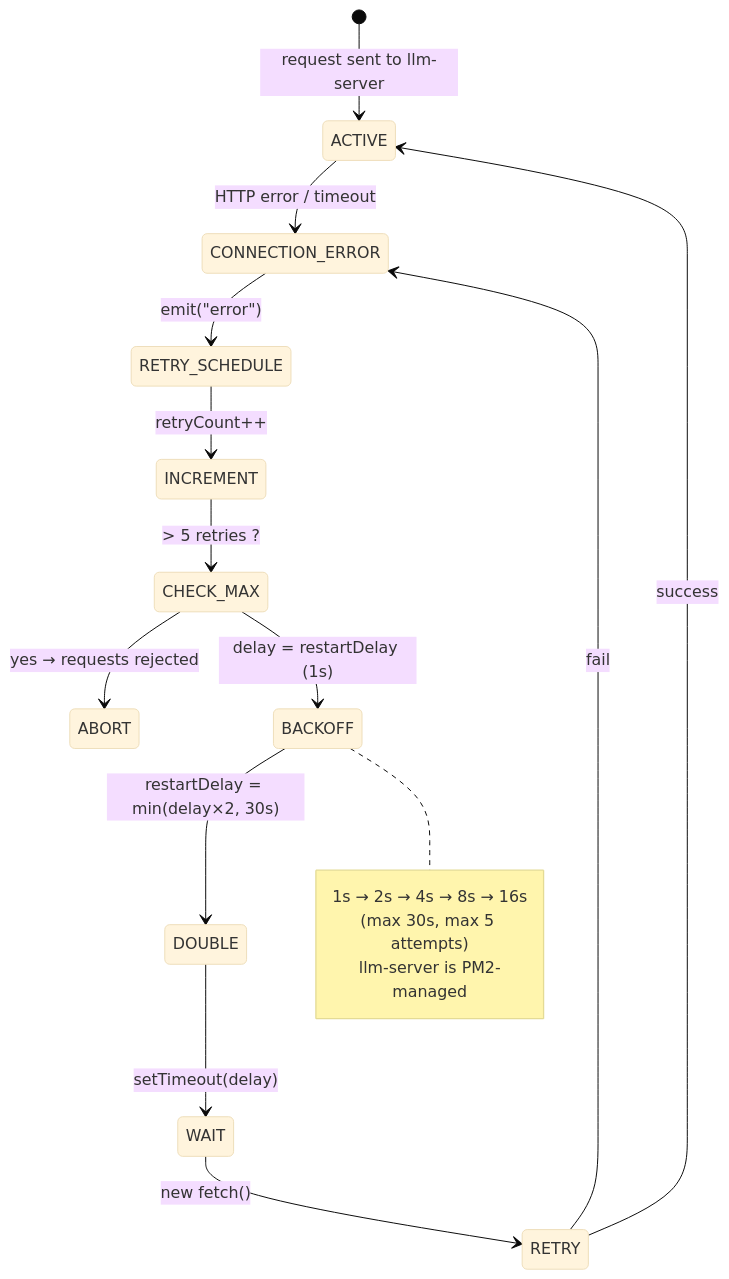
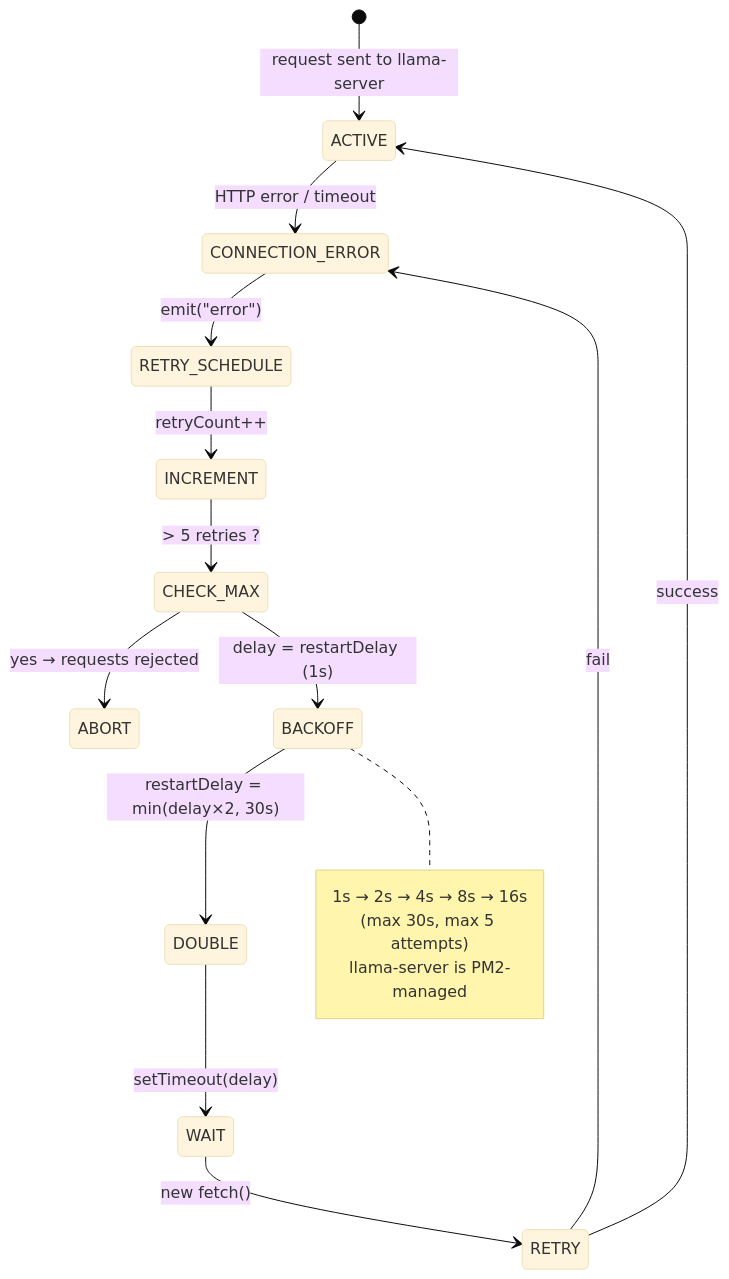
The diagram in state-machines/readme-diagrams/r11.mmd (protocol-luna/krystal), drawn with Mermaid (base theme) before and after one commit. The commit also changed 41 other files, not shown here.

First line of the commit message:
rename proxy → direct mode, update all docs and diagrams

```diff
--- a/state-machines/readme-diagrams/r11.mmd
+++ b/state-machines/readme-diagrams/r11.mmd
@@ -1,19 +1,19 @@
 stateDiagram-v2
-    [*] --> ACTIVE: request sent to llm-server
+    [*] --> ACTIVE: request sent to llama-server
 
     ACTIVE --> CONNECTION_ERROR: HTTP error / timeout
     CONNECTION_ERROR --> RETRY_SCHEDULE: emit("error")
 
     RETRY_SCHEDULE --> INCREMENT: retryCount++
     INCREMENT --> CHECK_MAX: > 5 retries ?
 
     CHECK_MAX --> ABORT: yes → requests rejected
     CHECK_MAX --> BACKOFF: delay = restartDelay (1s)
 
     BACKOFF --> DOUBLE: restartDelay = min(delay×2, 30s)
     DOUBLE --> WAIT: setTimeout(delay)
     WAIT --> RETRY: new fetch()
     RETRY --> ACTIVE: success
     RETRY --> CONNECTION_ERROR: fail
 
-    note right of BACKOFF: 1s → 2s → 4s → 8s → 16s<br/>(max 30s, max 5 attempts)<br/>llm-server is PM2-managed
+    note right of BACKOFF: 1s → 2s → 4s → 8s → 16s<br/>(max 30s, max 5 attempts)<br/>llama-server is PM2-managed
```
